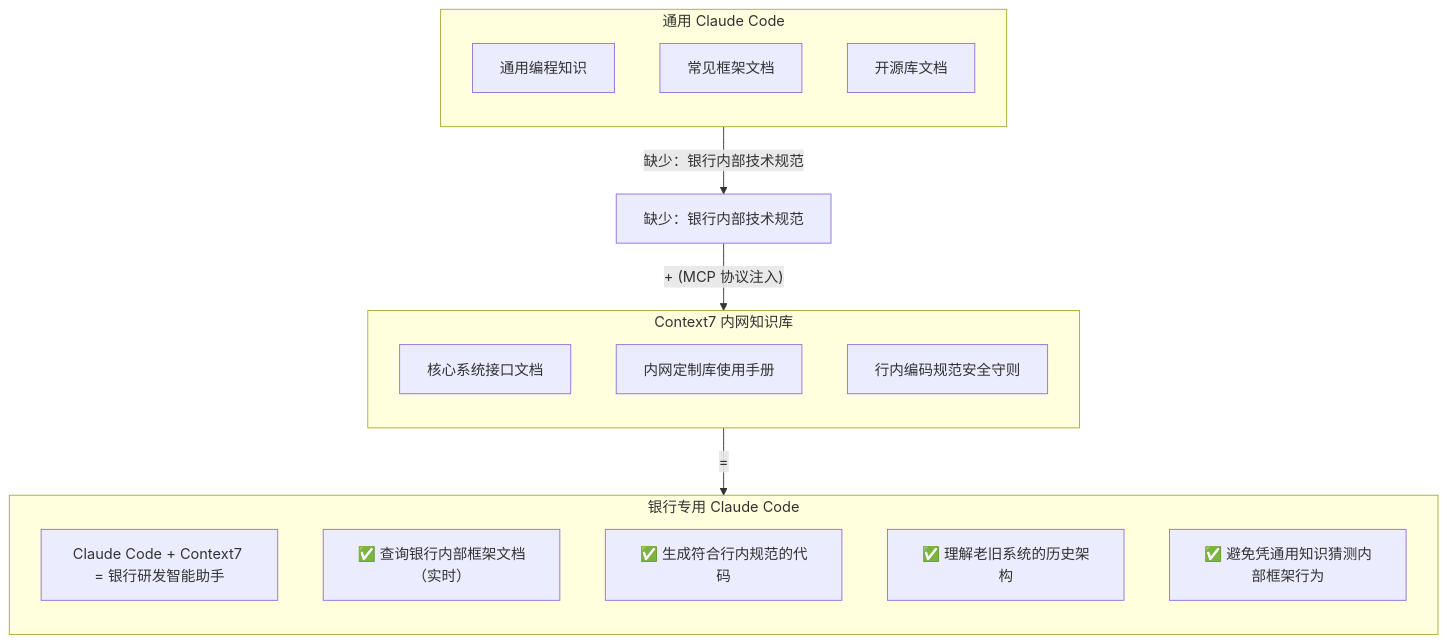
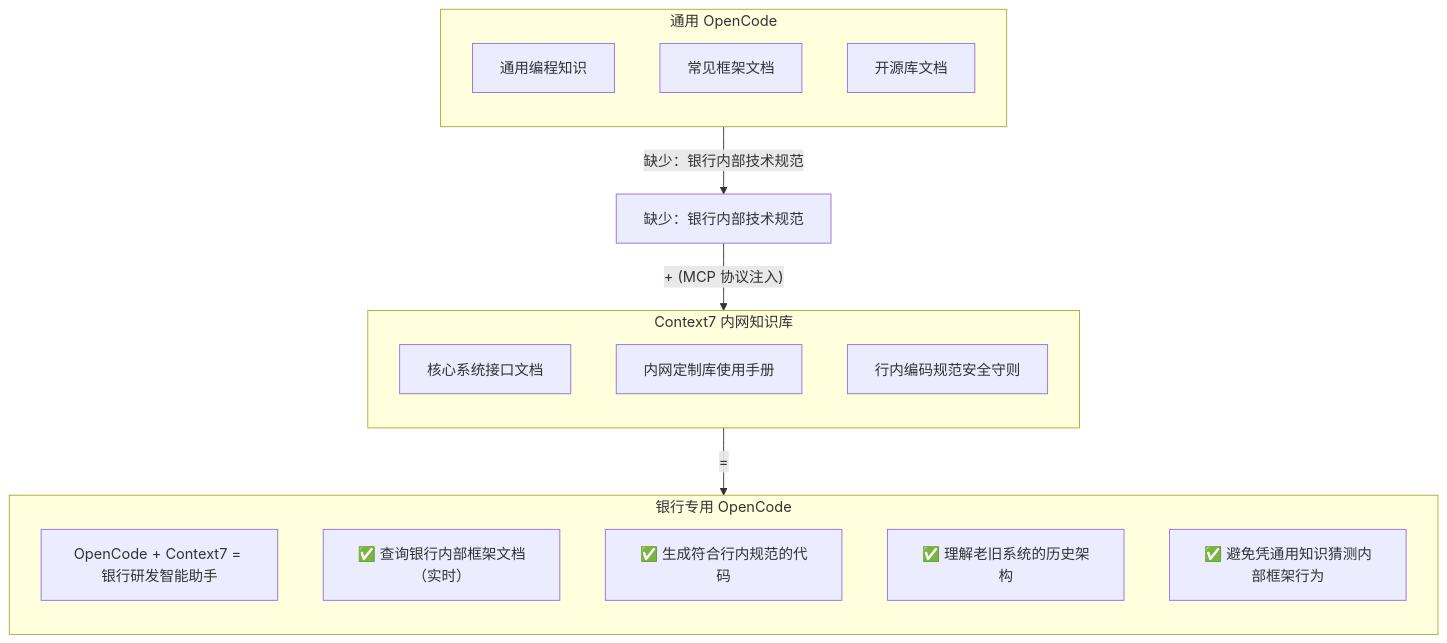
Before and after one commit to wonglaitung/splan: the first of 9 diagrams in 6. 银行研发智能助手技术说明书.md, drawn with Mermaid. The commit also changed other lines of this file and 12 other files, not shown here.

First line of the commit message:
chore: 项目迁移至 OpenCode，移除 Claude 内容

````diff
--- a/6. 银行研发智能助手技术说明书.md
+++ b/6. 银行研发智能助手技术说明书.md
@@ -120,26 +120,26 @@
 ```mermaid
 flowchart TB
-    subgraph CC["通用 Claude Code"]
+    subgraph CC["通用 OpenCode"]
         direction TB
         k1["通用编程知识"]
         k2["常见框架文档"]
         k3["开源库文档"]
     end
     CC -->|"缺少：银行内部技术规范"| missing["缺少：银行内部技术规范"]
     missing -->|"+ (MCP 协议注入)"| CTX
     subgraph CTX["Context7 内网知识库"]
         direction TB
         c1["核心系统接口文档"]
         c2["内网定制库使用手册"]
         c3["行内编码规范安全守则"]
     end
     CTX -->|"="| BANK
-    subgraph BANK["银行专用 Claude Code"]
+    subgraph BANK["银行专用 OpenCode"]
         direction TB
-        b0["Claude Code + Context7 = 银行研发智能助手"]
+        b0["OpenCode + Context7 = 银行研发智能助手"]
         b1["✅ 查询银行内部框架文档（实时）"]
         b2["✅ 生成符合行内规范的代码"]
         b3["✅ 理解老旧系统的历史架构"]
         b4["✅ 避免凭通用知识猜测内部框架行为"]
     end
 ```
````
